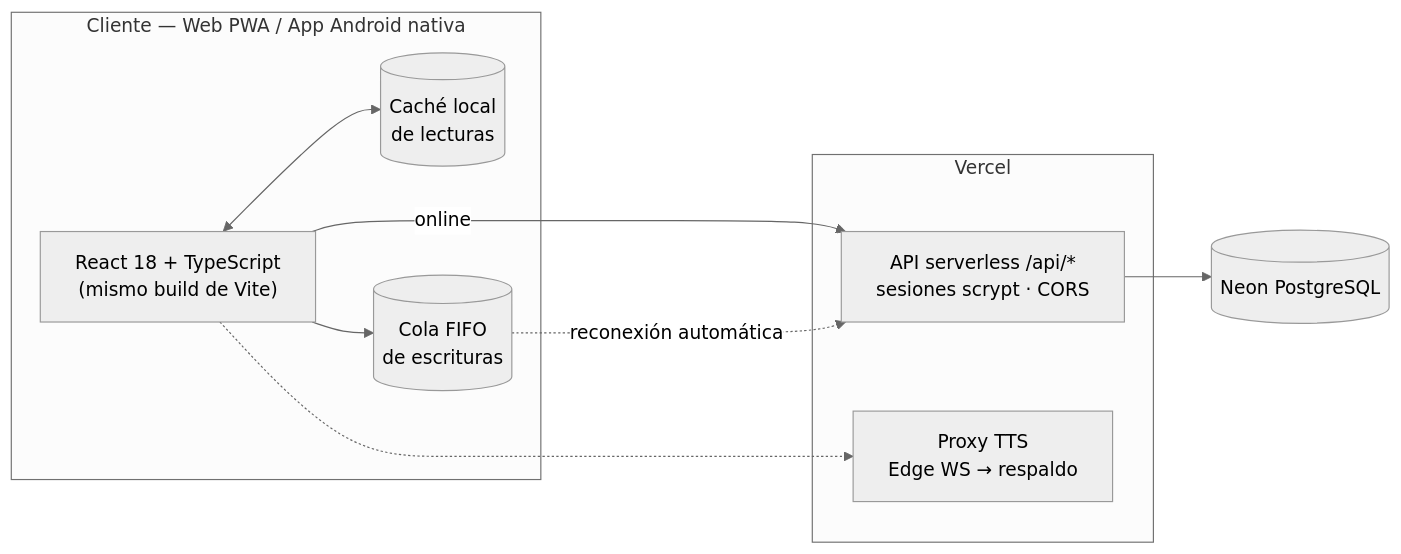
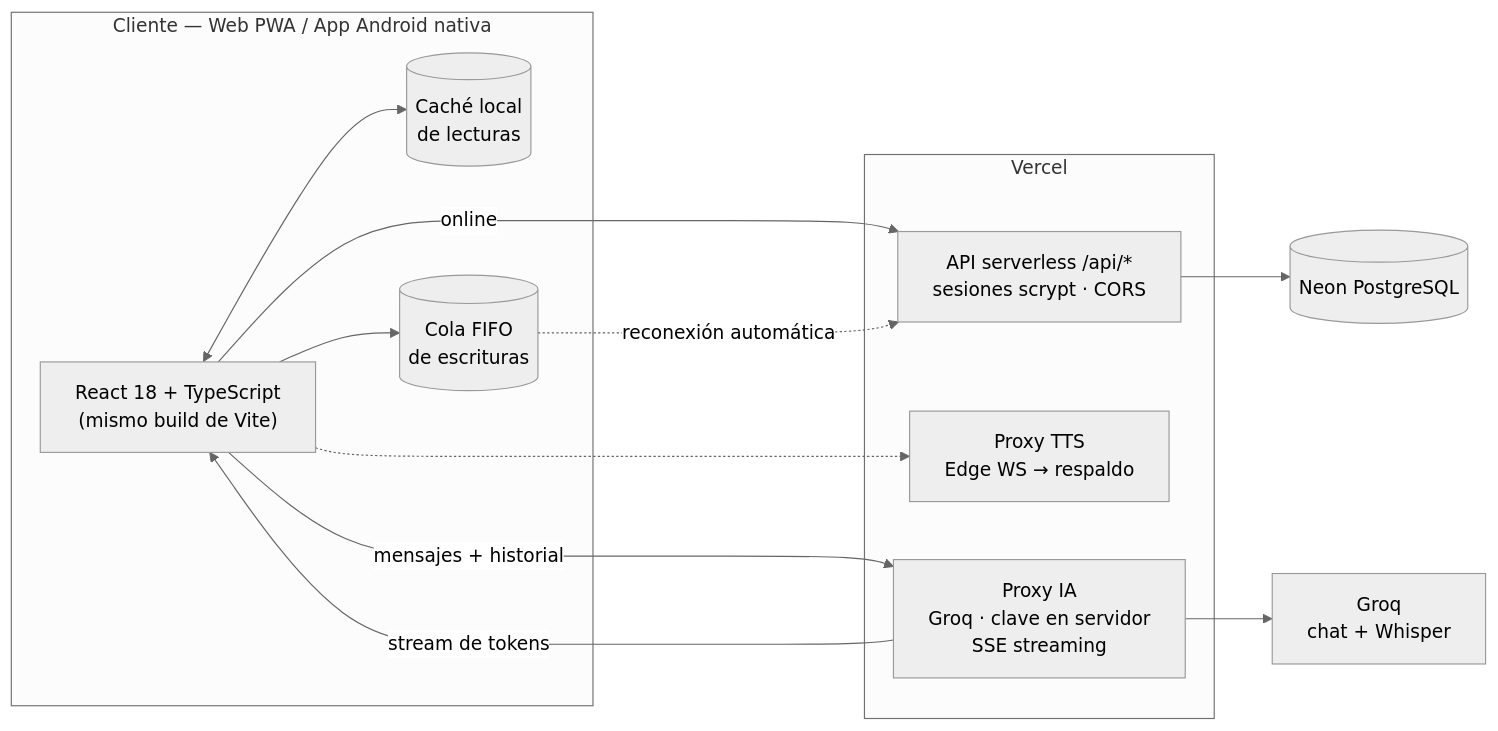
One commit to Imandro/AliviaApp changed the first of 2 diagrams in README.md. Above: the diagram before and after it, drawn with Mermaid (neutral theme). The commit also changed other lines of this file and 15 other files, not shown here.

````diff
--- a/README.md
+++ b/README.md
@@ -84,22 +84,27 @@
 ```mermaid
 flowchart LR
     subgraph Cliente["Cliente — Web PWA / App Android nativa"]
         UI["React 18 + TypeScript<br/>(mismo build de Vite)"]
         CACHE[("Caché local<br/>de lecturas")]
         OUTBOX[("Cola FIFO<br/>de escrituras")]
         UI <--> CACHE
         UI --> OUTBOX
     end
 
     subgraph Nube["Vercel"]
         API["API serverless /api/*<br/>sesiones scrypt · CORS"]
         TTS["Proxy TTS<br/>Edge WS → respaldo"]
+        AI["Proxy IA<br/>Groq · clave en servidor<br/>SSE streaming"]
     end
 
     DB[("Neon PostgreSQL")]
+    GROQ["Groq<br/>chat + Whisper"]
 
     UI -- "online" --> API
     OUTBOX -.->|"reconexión automática"| API
     UI -.-> TTS
+    UI -- "mensajes + historial" --> AI
+    AI -- "stream de tokens" --> UI
+    AI --> GROQ
     API --> DB
 ```
````
